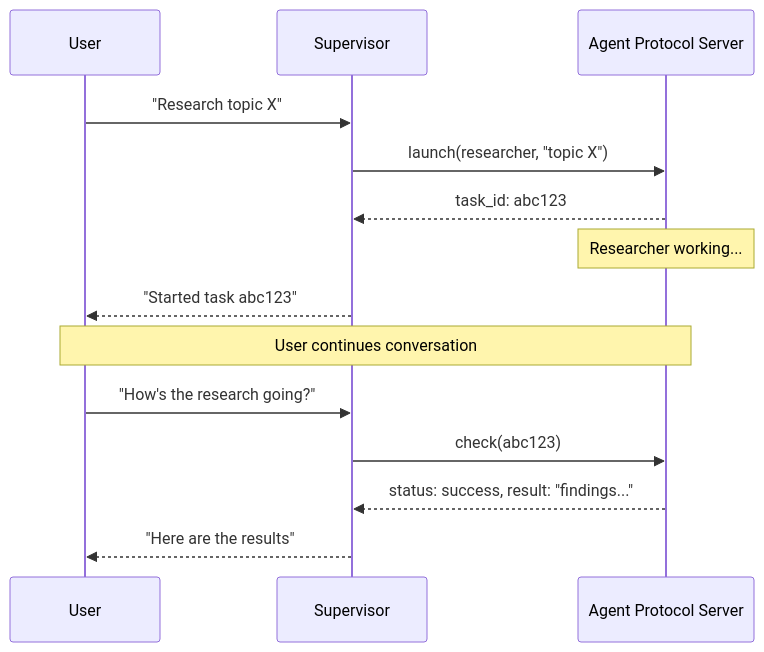
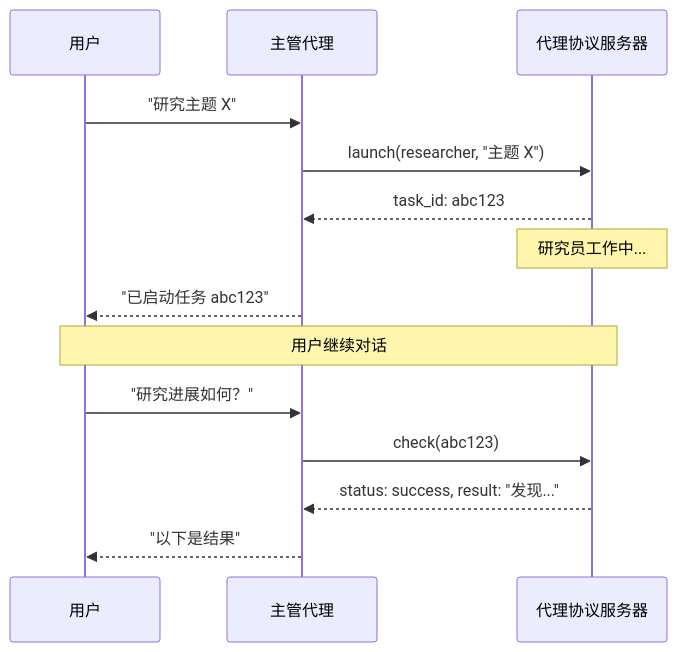
Before and after one commit to kunfan96/cndocs-langchain: the second of 2 diagrams in oss/javascript/deepagents/async-subagents.mdx, drawn with Mermaid. The commit also changed other lines of this file and 2498 other files, not shown here.

````diff
--- a/oss/javascript/deepagents/async-subagents.mdx
+++ b/oss/javascript/deepagents/async-subagents.mdx
@@ -112,21 +108,21 @@
 ```mermaid
 sequenceDiagram
-    participant User
-    participant Supervisor
-    participant Platform as Agent Protocol Server
+    participant User as 用户
+    participant Supervisor as 主管代理
+    participant Platform as 代理协议服务器
 
-    User->>Supervisor: "Research topic X"
-    Supervisor->>Platform: launch(researcher, "topic X")
+    User->>Supervisor: "研究主题 X"
+    Supervisor->>Platform: launch(researcher, "主题 X")
     Platform-->>Supervisor: task_id: abc123
 
-    Note over Platform: Researcher working...
+    Note over Platform: 研究员工作中...
 
-    Supervisor-->>User: "Started task abc123"
+    Supervisor-->>User: "已启动任务 abc123"
 
-    Note over User,Platform: User continues conversation
+    Note over User,Platform: 用户继续对话
 
-    User->>Supervisor: "How's the research going?"
+    User->>Supervisor: "研究进展如何？"
     Supervisor->>Platform: check(abc123)
-    Platform-->>Supervisor: status: success, result: "findings..."
-    Supervisor-->>User: "Here are the results"
+    Platform-->>Supervisor: status: success, result: "发现..."
+    Supervisor-->>User: "以下是结果"
 ```
````
